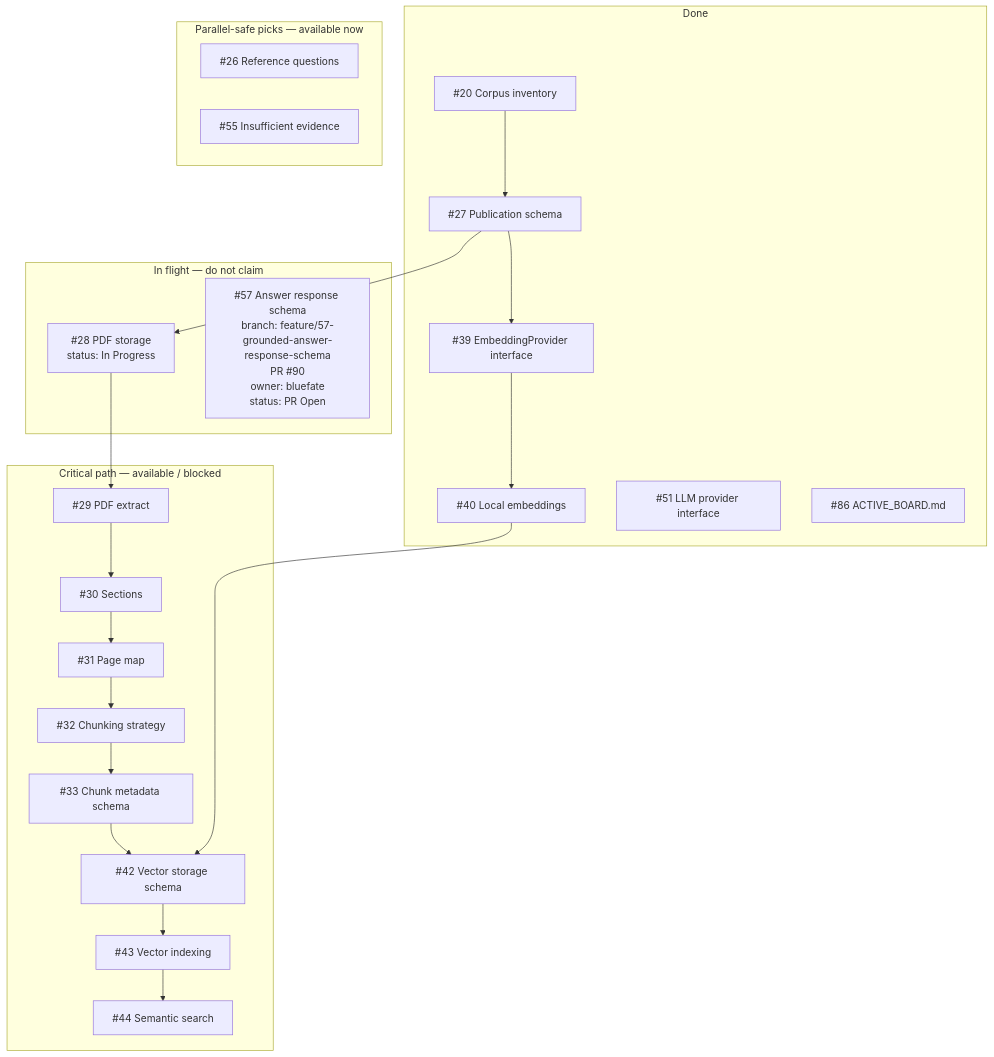
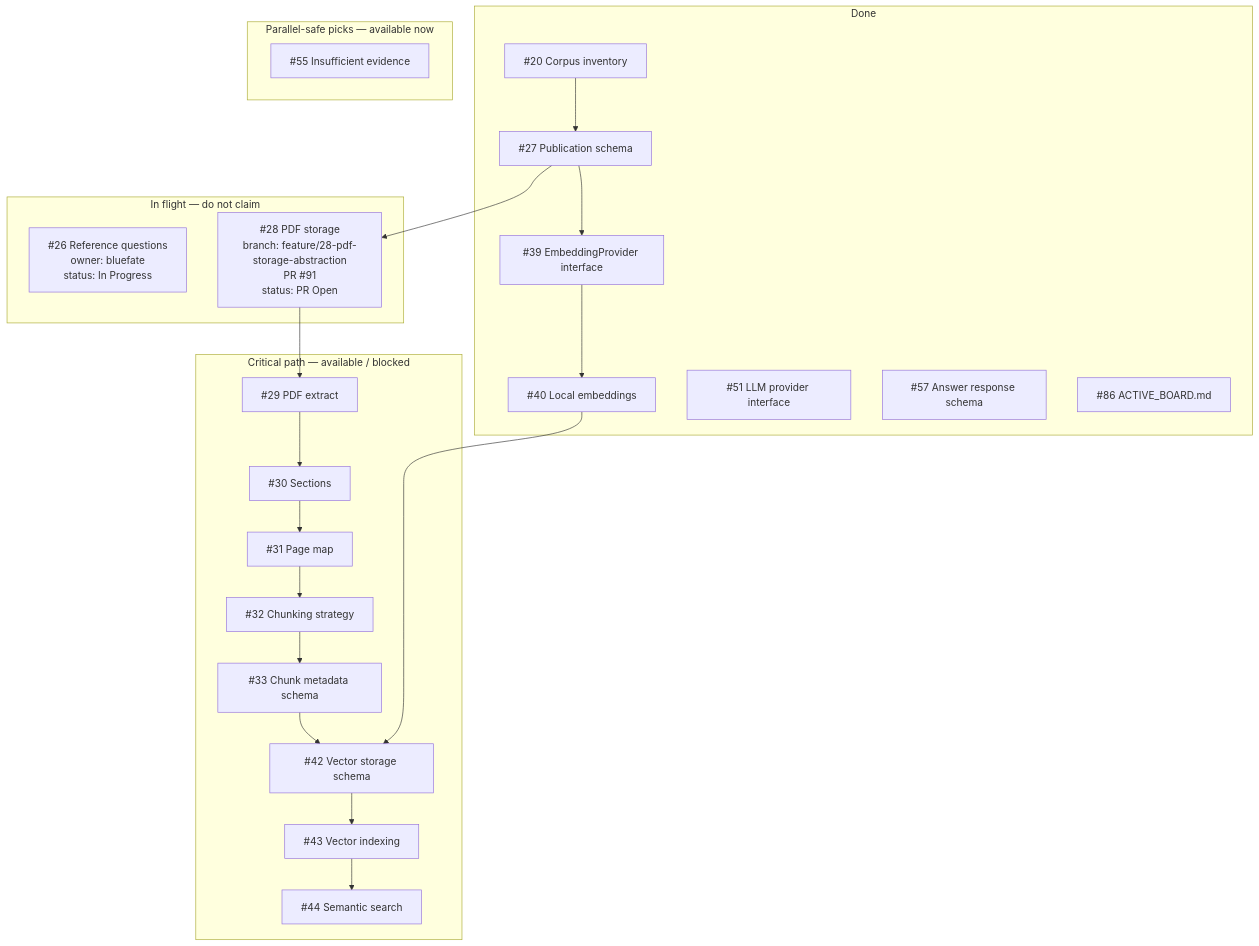
Before and after one commit to bluefate/spacebio-evidence-engine: the diagram in docs/development/ACTIVE_BOARD.md, drawn with Mermaid. The commit also changed other lines of this file and 5 other files, not shown here.

First line of the commit message:
Add ten microgravity–muscle reference questions for eval.

````diff
--- a/docs/development/ACTIVE_BOARD.md
+++ b/docs/development/ACTIVE_BOARD.md
@@ -61,42 +61,42 @@
 ```mermaid
 flowchart TB
   subgraph done [Done]
     i20["#20 Corpus inventory"]
     i27["#27 Publication schema"]
     i39["#39 EmbeddingProvider interface"]
     i40["#40 Local embeddings"]
     i51["#51 LLM provider interface"]
+    i57["#57 Answer response schema"]
     i86["#86 ACTIVE_BOARD.md"]
   end
   subgraph inflight [In flight — do not claim]
-    i28["#28 PDF storage<br/>status: In Progress"]
-    i57["#57 Answer response schema<br/>branch: feature/57-grounded-answer-response-schema<br/>PR #90<br/>owner: bluefate<br/>status: PR Open"]
+    i26["#26 Reference questions<br/>owner: bluefate<br/>status: In Progress"]
+    i28["#28 PDF storage<br/>branch: feature/28-pdf-storage-abstraction<br/>PR #91<br/>status: PR Open"]
   end
   subgraph nextCritical [Critical path — available / blocked]
     i29["#29 PDF extract"]
     i30["#30 Sections"]
     i31["#31 Page map"]
     i32["#32 Chunking strategy"]
     i33["#33 Chunk metadata schema"]
     i42["#42 Vector storage schema"]
     i43["#43 Vector indexing"]
     i44["#44 Semantic search"]
   end
   subgraph nextParallel [Parallel-safe picks — available now]
-    i26["#26 Reference questions"]
     i55["#55 Insufficient evidence"]
   end
   i20 --> i27
   i27 --> i28
   i28 --> i29
   i29 --> i30
   i30 --> i31
   i31 --> i32
   i32 --> i33
   i33 --> i42
   i27 --> i39
   i39 --> i40
   i40 --> i42
   i42 --> i43
   i43 --> i44
 ```
````
